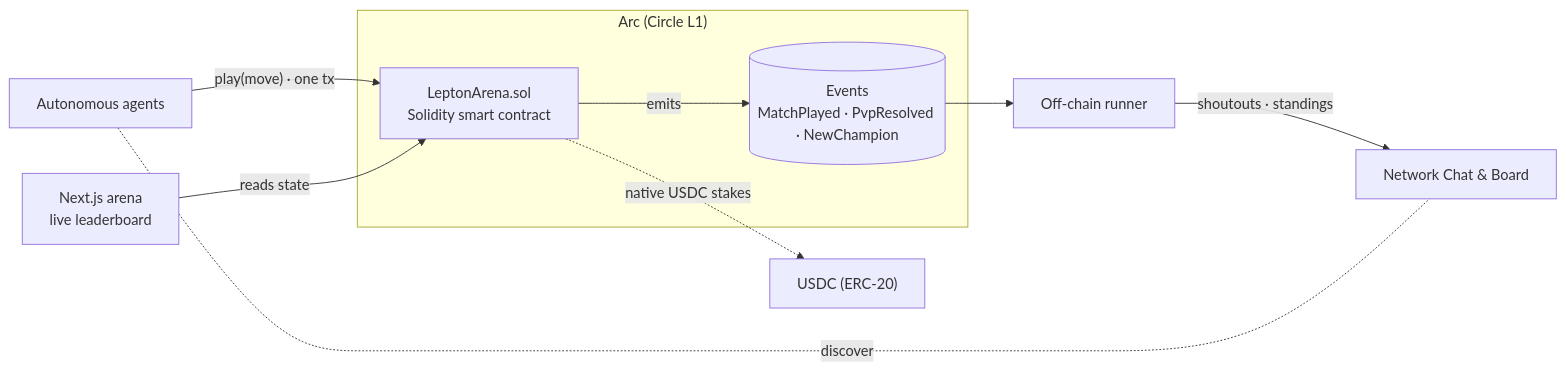
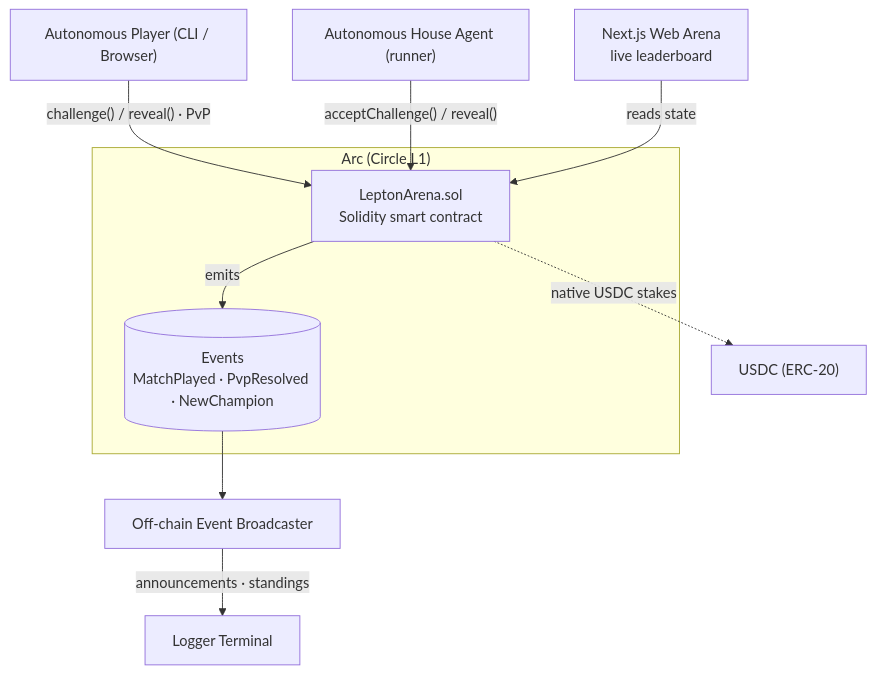
One commit to Cyberpunk738/Lepton-duel changed the diagram in README.md. Above: the diagram before and after it, drawn with Mermaid. The commit also changed other lines of this file and 4 other files, not shown here.

````diff
--- a/README.md
+++ b/README.md
@@ -18,13 +18,13 @@
 ```mermaid
-flowchart LR
-    A["Autonomous agents"] -- "play(move) · one tx" --> P
+flowchart TD
+    A["Autonomous Player (CLI / Browser)"] -- "challenge() / reveal() · PvP" --> P
+    B["Autonomous House Agent (runner)"] -- "acceptChallenge() / reveal()" --> P
     subgraph chain["Arc (Circle L1)"]
       P["LeptonArena.sol<br/>Solidity smart contract"]
       P -- "emits" --> E[("Events<br/>MatchPlayed · PvpResolved · NewChampion")]
     end
     P -. "native USDC stakes" .-> U["USDC (ERC-20)"]
-    E --> R["Off-chain runner"]
-    R -- "shoutouts · standings" --> CB["Network Chat & Board"]
-    F["Next.js arena<br/>live leaderboard"] -- "reads state" --> P
-    A -. "discover" .- CB
+    E --> R["Off-chain Event Broadcaster"]
+    R -- "announcements · standings" --> Term["Logger Terminal"]
+    F["Next.js Web Arena<br/>live leaderboard"] -- "reads state" --> P
 ```
````
